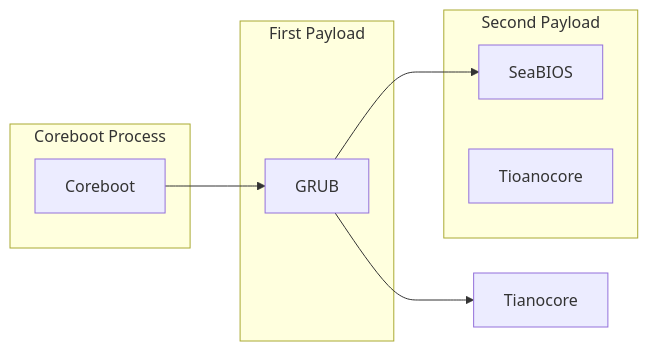
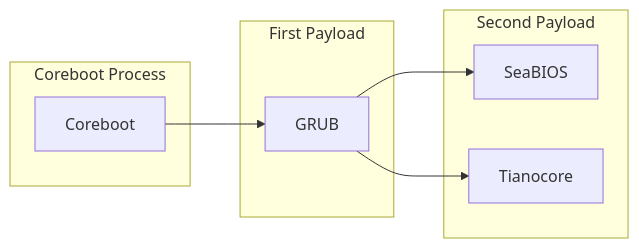
One commit to Ch3ckm4t3C1ph3r/Lenovo-Ideapad-320-14ISK-_Coreboot-Adaptation_ changed the diagram in README.md. Above: the diagram before and after it, drawn with Mermaid.

Commit message:
Fix typo in README for Tianocore

````diff
--- a/README.md
+++ b/README.md
@@ -94,18 +94,18 @@
 ```mermaid
 flowchart LR;
     subgraph Coreboot Process
     Coreboot
     end
 
     Coreboot-->GRUB
 
     subgraph First Payload
     GRUB
     end
 
     GRUB-->SeaBIOS & Tianocore
 
     subgraph Second Payload
-    SeaBIOS & Tioanocore
+    SeaBIOS & Tianocore
     end
 ```
````
